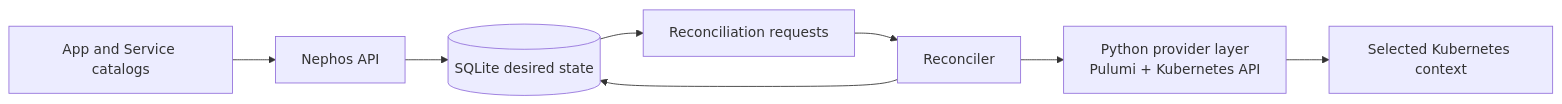
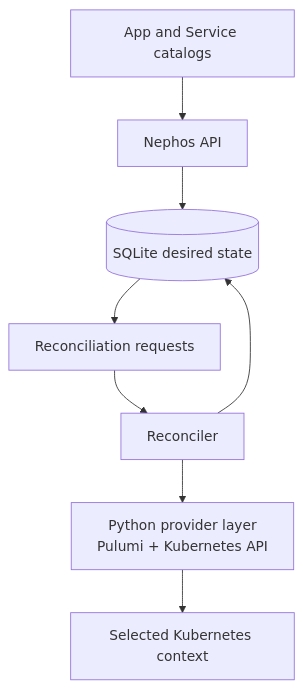
One commit to fcrozetta/nephos changed the diagram in README.md. Above: the diagram before and after it, drawn with Mermaid. The commit also changed other lines of this file, not shown here.

Commit message:
Tune README warning and flow layout

````diff
--- a/README.md
+++ b/README.md
@@ -74,18 +74,18 @@
 ```mermaid
-flowchart LR
+flowchart TD
   catalog["App and Service catalogs"]
   api["Nephos API"]
   db[("SQLite desired state")]
   queue["Reconciliation requests"]
   worker["Reconciler"]
   providers["Python provider layer\nPulumi + Kubernetes API"]
   kube["Selected Kubernetes context"]
 
   catalog --> api
   api --> db
   db --> queue
   queue --> worker
   worker --> providers
   providers --> kube
   worker --> db
 ```
````
